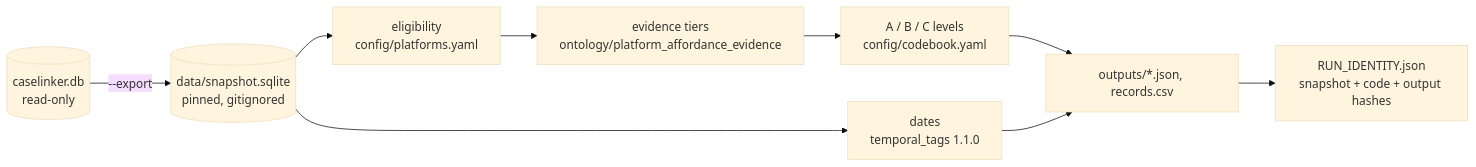
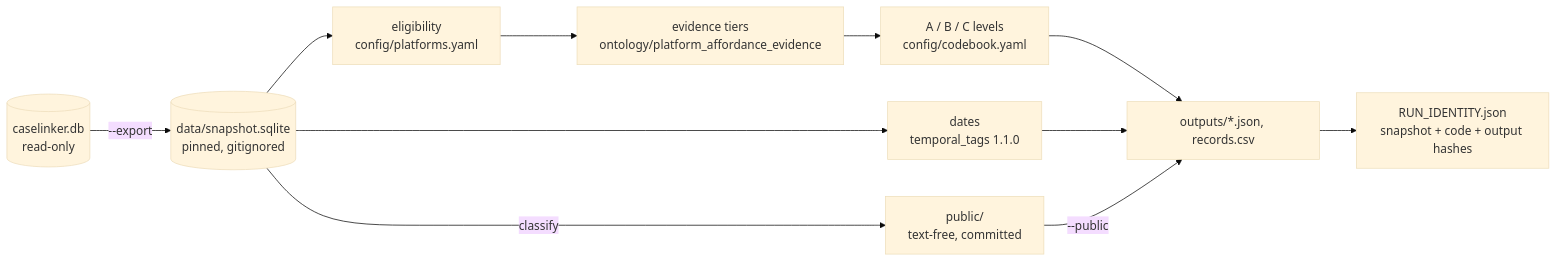
Before and after one commit to mrinaalr/CaseLinker: the diagram in ontology/platform_affordance_evidence/afh_manifest/README.md, drawn with Mermaid (base theme). The commit also changed other lines of this file and 7 other files, not shown here.

Commit message:
add text-free public Q1 snapshot and key-gated frozen era snapshots (#95)

````diff
--- a/ontology/platform_affordance_evidence/afh_manifest/README.md
+++ b/ontology/platform_affordance_evidence/afh_manifest/README.md
@@ -5,11 +5,13 @@
 ```mermaid
 flowchart LR
   DB[(caselinker.db<br/>read-only)] -->|--export| S[(data/snapshot.sqlite<br/>pinned, gitignored)]
   S --> E[eligibility<br/>config/platforms.yaml]
   E --> T[evidence tiers<br/>ontology/platform_affordance_evidence]
   T --> A[A / B / C levels<br/>config/codebook.yaml]
   S --> D[dates<br/>temporal_tags 1.1.0]
   A --> O[outputs/*.json, records.csv]
   D --> O
   O --> R[RUN_IDENTITY.json<br/>snapshot + code + output hashes]
+  S -->|classify| P[public/<br/>text-free, committed]
+  P -->|--public| O
 ```
````
